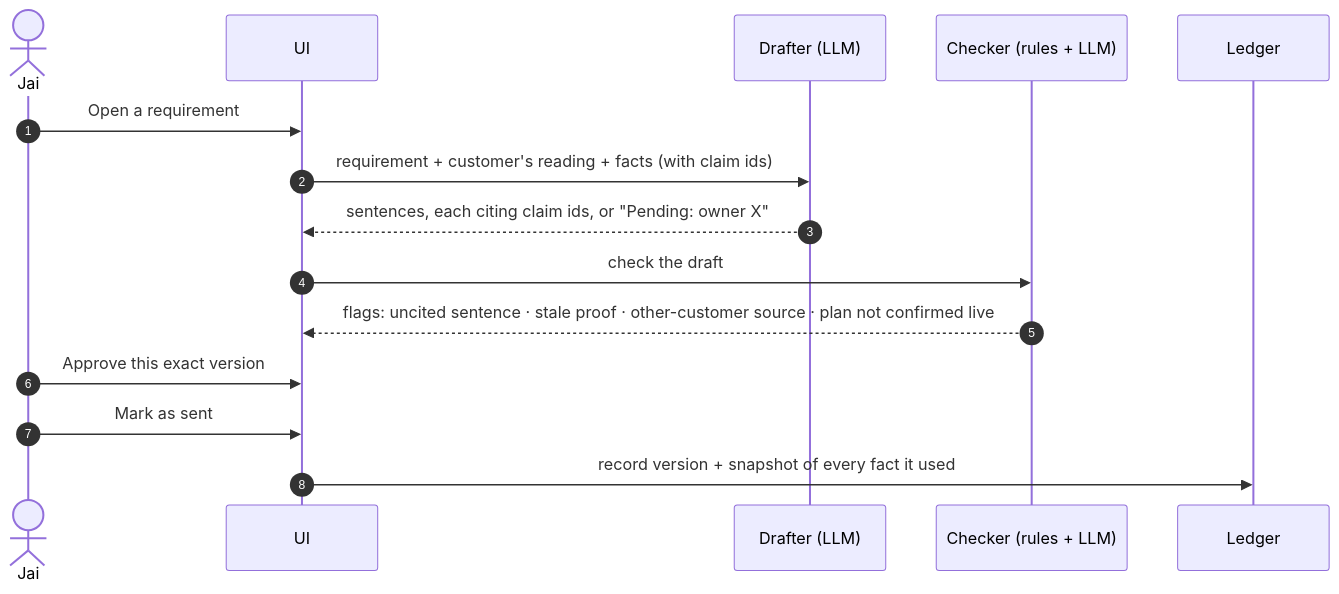
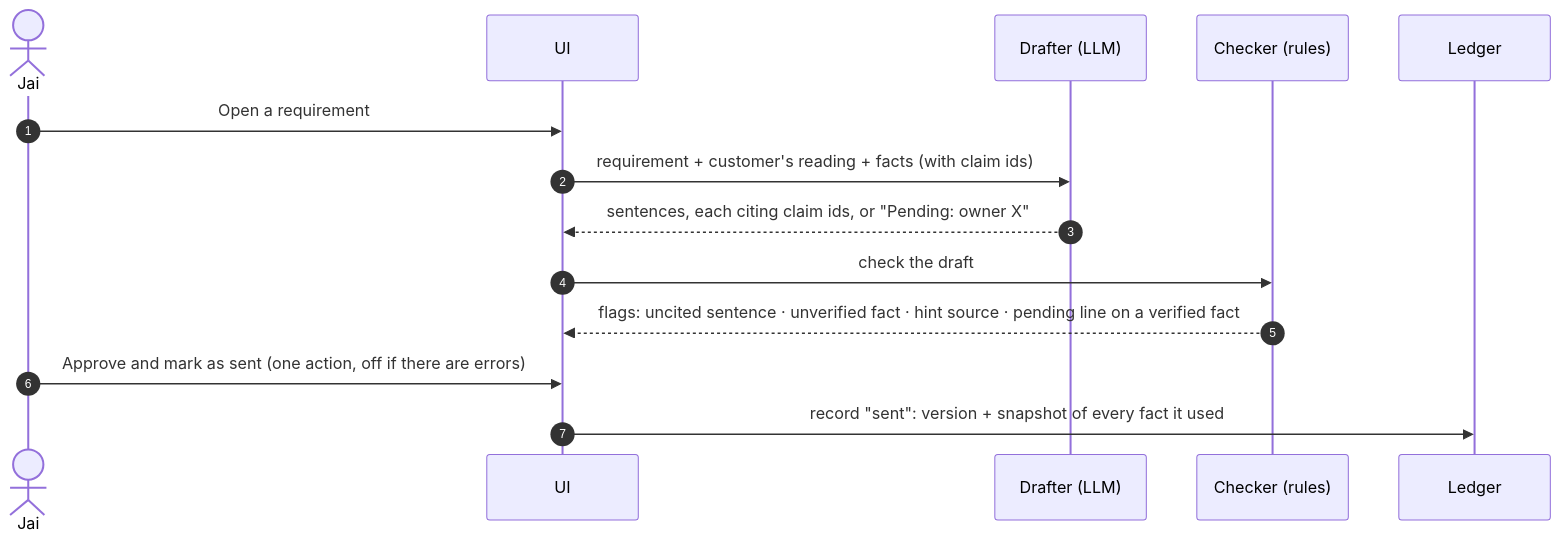
Before and after one commit to Whiteknight07/procurement-navigator: the sixth of 6 diagrams in docs/ARCHITECTURE.md, drawn with Mermaid. The commit also changed other lines of this file and 225 other files, not shown here.

````diff
--- a/docs/ARCHITECTURE.md
+++ b/docs/ARCHITECTURE.md
@@ -185,17 +193,16 @@
 ```mermaid
 sequenceDiagram
   autonumber
   actor Jai
   participant UI as UI
   participant D as Drafter (LLM)
-  participant K as Checker (rules + LLM)
+  participant K as Checker (rules)
   participant L as Ledger
   Jai->>UI: Open a requirement
   UI->>D: requirement + customer's reading + facts (with claim ids)
   D-->>UI: sentences, each citing claim ids, or "Pending: owner X"
   UI->>K: check the draft
-  K-->>UI: flags: uncited sentence · stale proof · other-customer source · plan not confirmed live
-  Jai->>UI: Approve this exact version
-  Jai->>UI: Mark as sent
-  UI->>L: record version + snapshot of every fact it used
+  K-->>UI: flags: uncited sentence · unverified fact · hint source · pending line on a verified fact
+  Jai->>UI: Approve and mark as sent (one action, off if there are errors)
+  UI->>L: record "sent": version + snapshot of every fact it used
 ```
````
